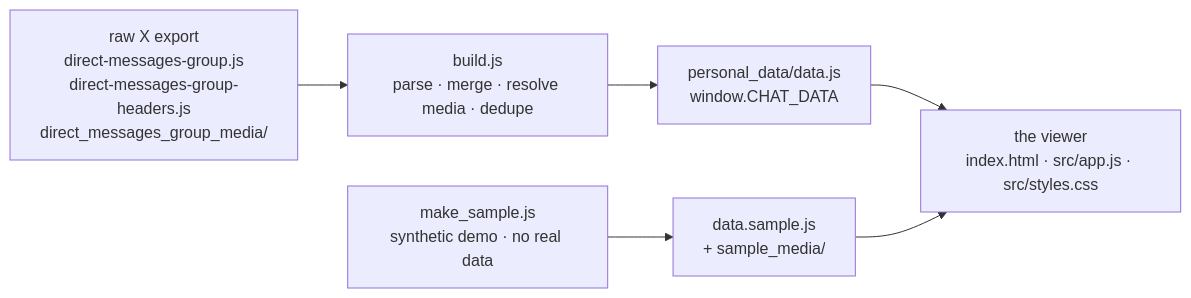
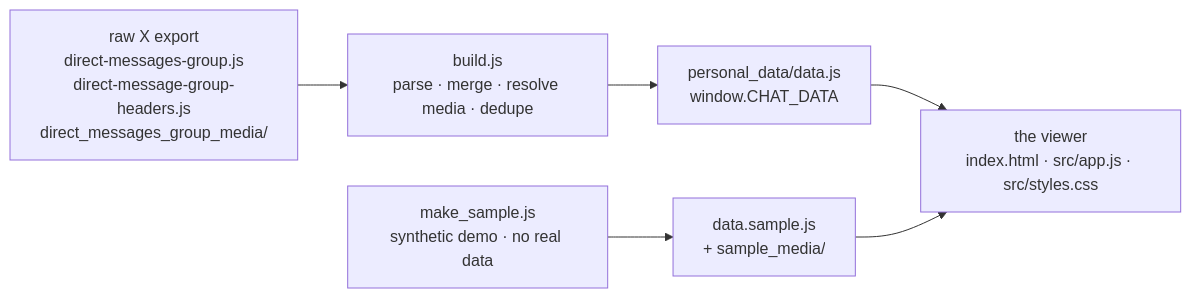
One commit to yib7/twitter_GC_archival changed the diagram in docs/ARCHITECTURE.md. Above: the diagram before and after it, drawn with Mermaid. The commit also changed 6 other files, not shown here.

````diff
--- a/docs/ARCHITECTURE.md
+++ b/docs/ARCHITECTURE.md
@@ -9,12 +9,12 @@
 ```mermaid
 flowchart LR
-  X["raw X export<br/>direct-messages-group.js<br/>direct-messages-group-headers.js<br/>direct_messages_group_media/"]
+  X["raw X export<br/>direct-messages-group.js<br/>direct-message-group-headers.js<br/>direct_messages_group_media/"]
   B["build.js<br/>parse · merge · resolve media · dedupe"]
   D["personal_data/data.js<br/>window.CHAT_DATA"]
   V["the viewer<br/>index.html · src/app.js · src/styles.css"]
   MS["make_sample.js<br/>synthetic demo · no real data"]
   S["data.sample.js<br/>+ sample_media/"]
 
   X --> B --> D --> V
   MS --> S --> V
 ```
````
